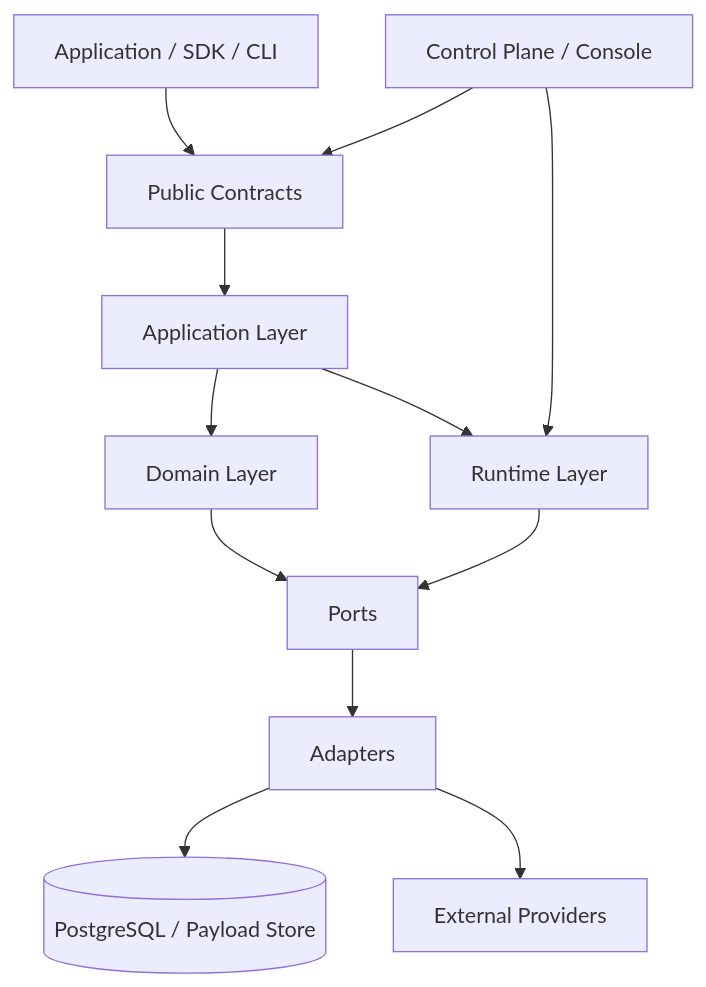
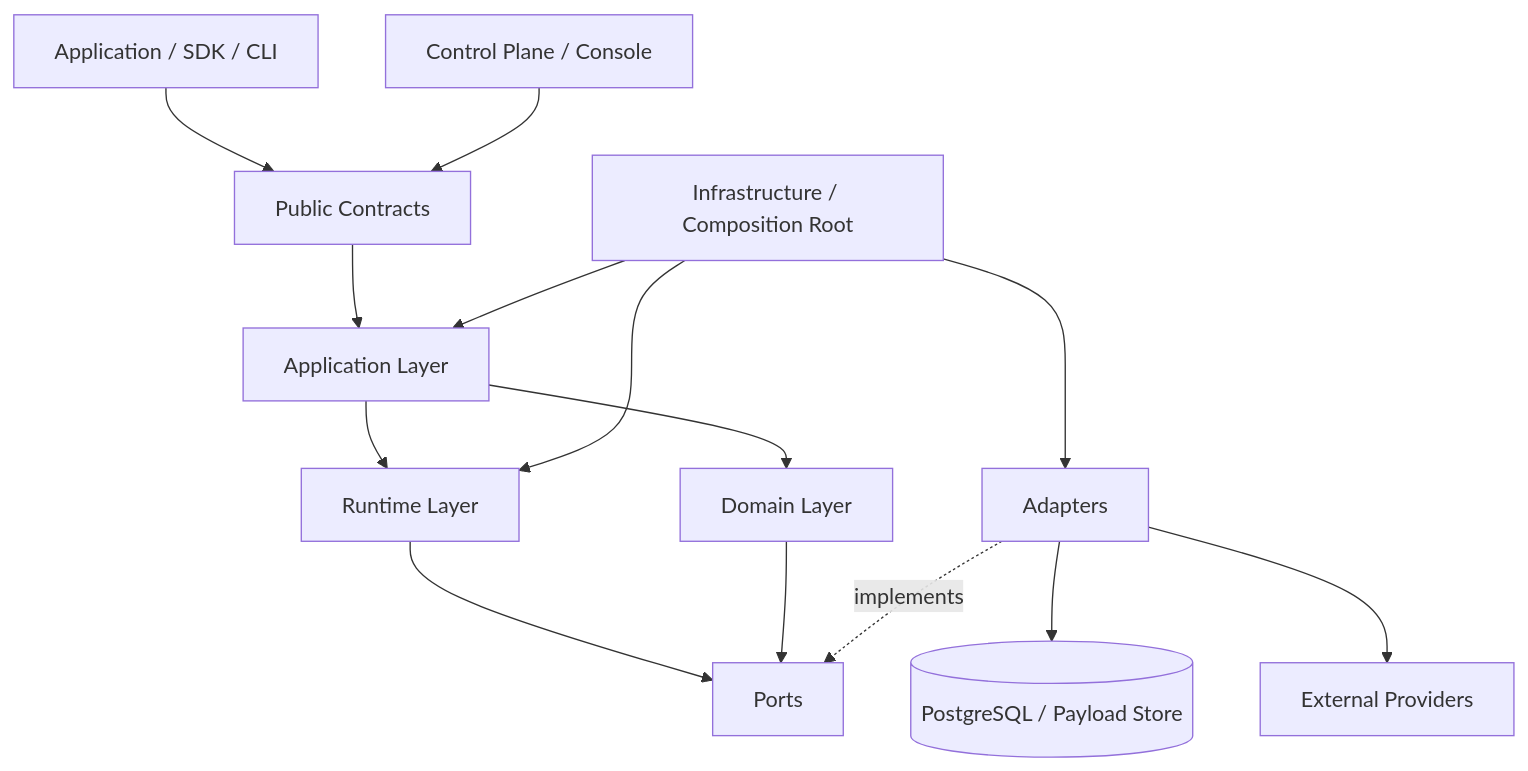
The diagram in ARCHITECTURE.md (RhinoQDev/RhinoQ), drawn with Mermaid before and after one commit. The commit also changed other lines of this file and 38 other files, not shown here.

Commit message:
feat: add immutable attempt timeline

````diff
--- a/ARCHITECTURE.md
+++ b/ARCHITECTURE.md
@@ -20,24 +20,27 @@
 ```mermaid
 flowchart TB
   U[Application / SDK / CLI]
   API[Public Contracts]
   APP[Application Layer]
   DOM[Domain Layer]
   RUN[Runtime Layer]
   PORTS[Ports]
   ADP[Adapters]
   DATA[(PostgreSQL / Payload Store)]
   EXT[External Providers]
   OPS[Control Plane / Console]
 
   U --> API --> APP
   APP --> DOM
   APP --> RUN
   RUN --> PORTS
   DOM --> PORTS
-  PORTS --> ADP
+  ADP -. implements .-> PORTS
   ADP --> DATA
   ADP --> EXT
   OPS --> API
-  OPS --> RUN
+  INF[Infrastructure / Composition Root]
+  INF --> ADP
+  INF --> APP
+  INF --> RUN
 ```
````
